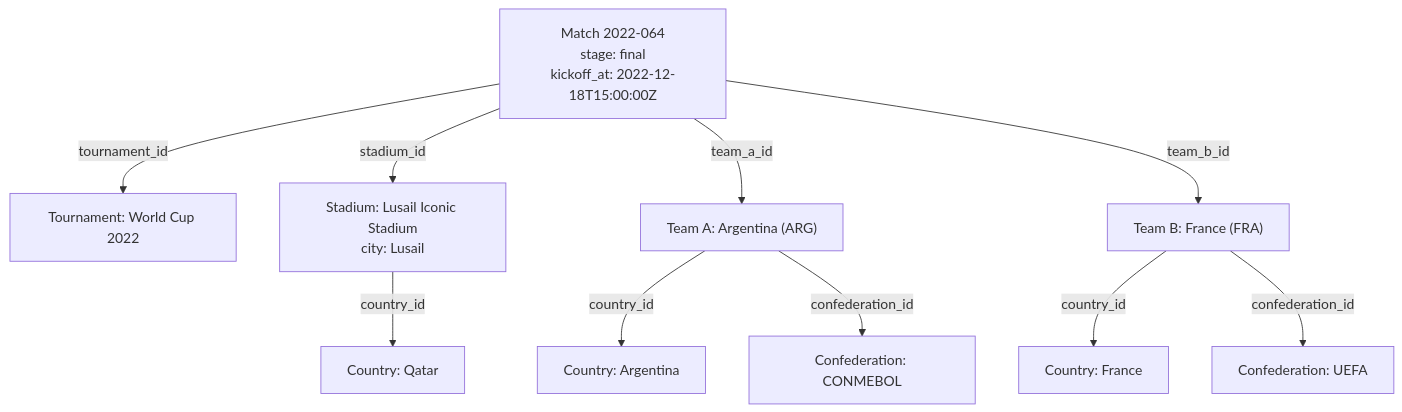
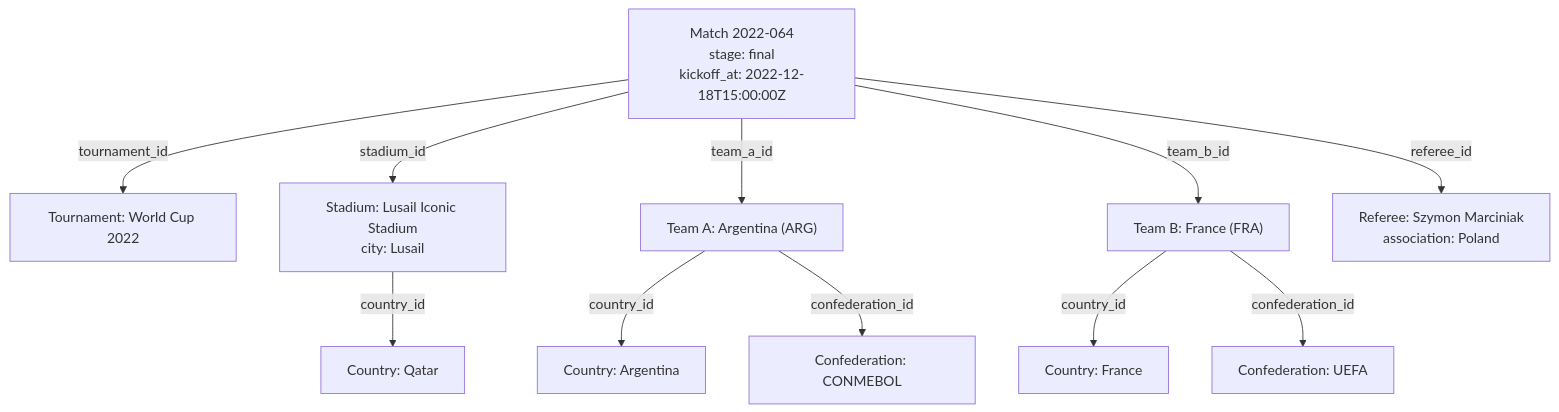
The third of 3 diagrams in docs/DATA_MODEL.md (pawelMSoftware/world-cup-data), drawn with Mermaid before and after one commit. The commit also changed other lines of this file and 11 other files, not shown here.

````diff
--- a/docs/DATA_MODEL.md
+++ b/docs/DATA_MODEL.md
@@ -298,23 +307,25 @@
 ```mermaid
 flowchart TD
     M["Match 2022-064\nstage: final\nkickoff_at: 2022-12-18T15:00:00Z"]
     T["Tournament: World Cup 2022"]
     S["Stadium: Lusail Iconic Stadium\ncity: Lusail"]
     TA["Team A: Argentina (ARG)"]
     TB["Team B: France (FRA)"]
+    R["Referee: Szymon Marciniak\nassociation: Poland"]
     CS["Country: Qatar"]
     CA["Country: Argentina"]
     CF["Country: France"]
     KA["Confederation: CONMEBOL"]
     KF["Confederation: UEFA"]
 
     M -->|tournament_id| T
     M -->|stadium_id| S
     M -->|team_a_id| TA
     M -->|team_b_id| TB
+    M -->|referee_id| R
     S -->|country_id| CS
     TA -->|country_id| CA
     TB -->|country_id| CF
     TA -->|confederation_id| KA
     TB -->|confederation_id| KF
 ```
````
